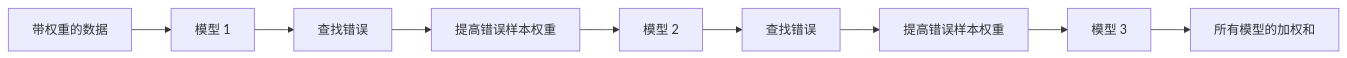
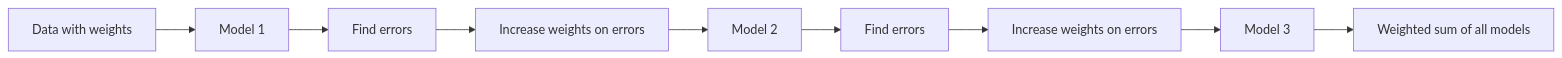
One commit to xiaojiaenen/ai-engineering-from-scratch-zh changed the second of 3 diagrams in i18n/zh/phases/02-ml-fundamentals/11-ensemble-methods/docs/zh.md. Above: the diagram before and after it, drawn with Mermaid. The commit also changed other lines of this file and 18 other files, not shown here.

````diff
--- a/i18n/zh/phases/02-ml-fundamentals/11-ensemble-methods/docs/zh.md
+++ b/i18n/zh/phases/02-ml-fundamentals/11-ensemble-methods/docs/zh.md
@@ -76,11 +76,11 @@
 ```mermaid
 flowchart LR
-    D[带权重的数据] --> M1[模型 1]
-    M1 --> E1[查找错误]
-    E1 --> W1[提高错误样本权重]
-    W1 --> M2[模型 2]
-    M2 --> E2[查找错误]
-    E2 --> W2[提高错误样本权重]
-    W2 --> M3[模型 3]
-    M3 --> F[所有模型的加权和]
+    D[Data with weights] --> M1[Model 1]
+    M1 --> E1[Find errors]
+    E1 --> W1[Increase weights on errors]
+    W1 --> M2[Model 2]
+    M2 --> E2[Find errors]
+    E2 --> W2[Increase weights on errors]
+    W2 --> M3[Model 3]
+    M3 --> F[Weighted sum of all models]
 ```
````
